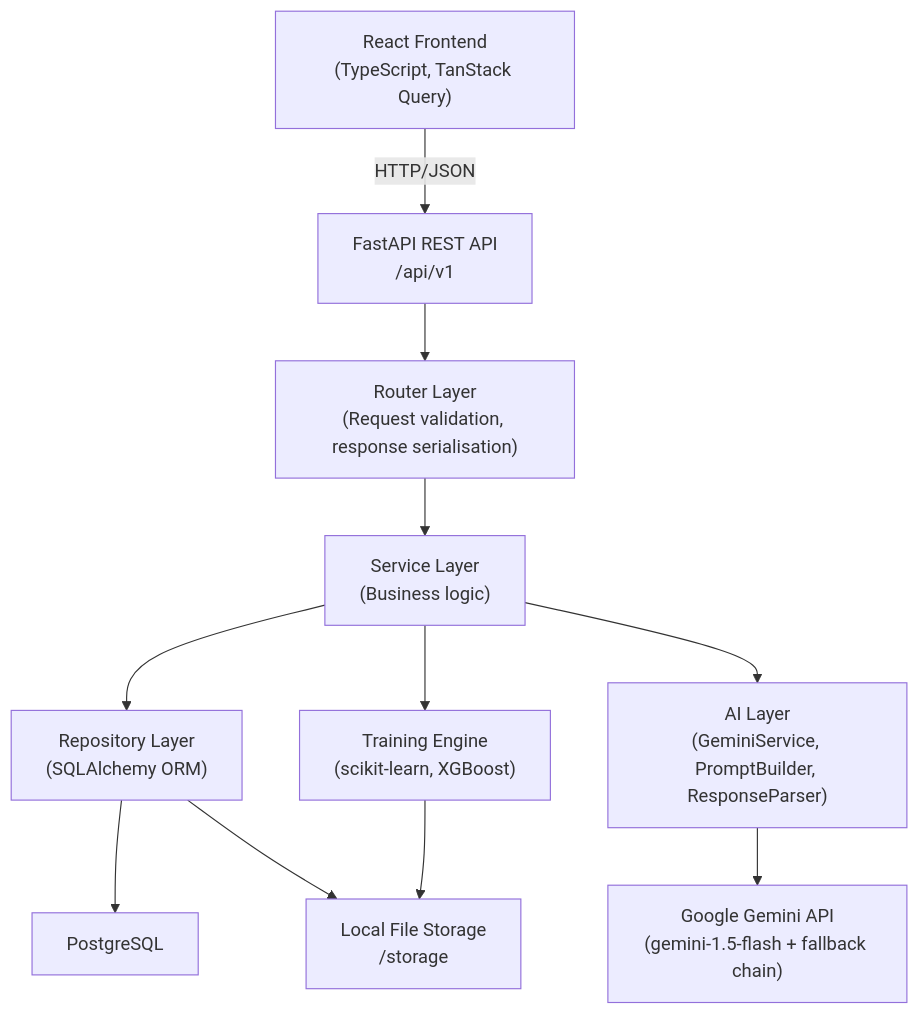
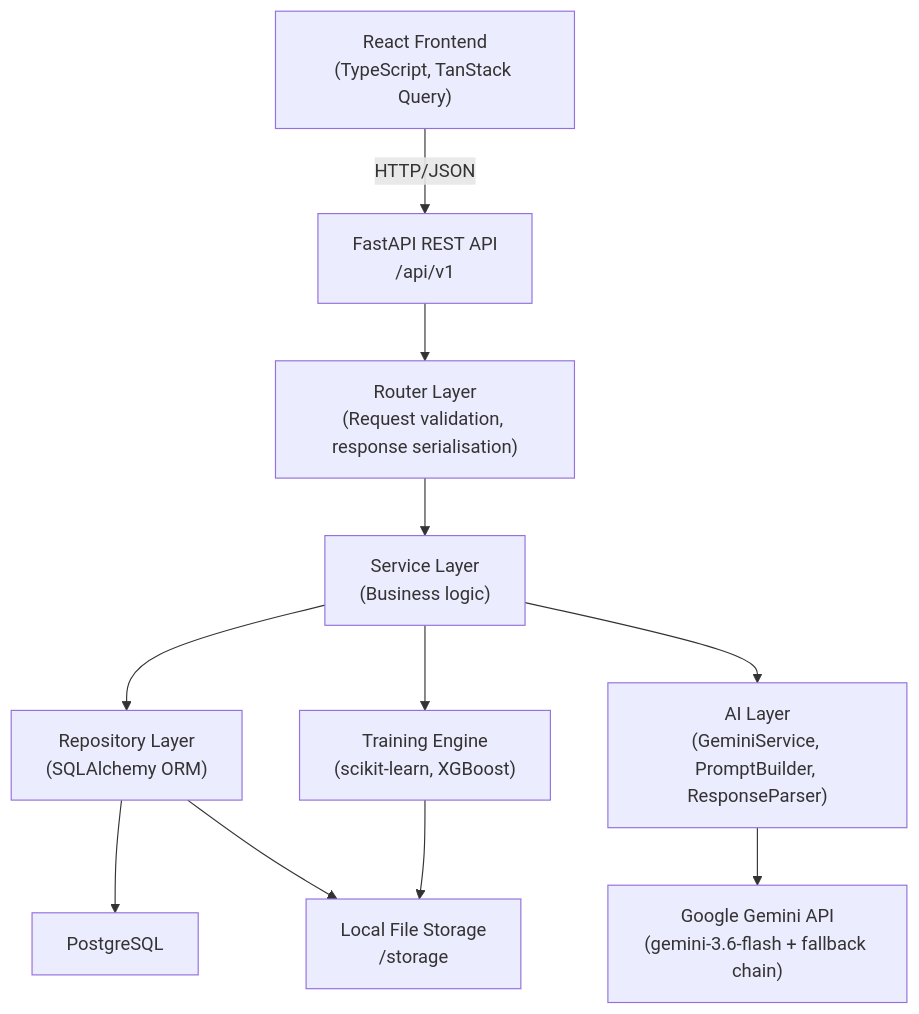
One commit to Mohitingale13/microflow-ml-platform changed the second of 4 diagrams in README.md. Above: the diagram before and after it, drawn with Mermaid. The commit also changed other lines of this file and 1 other file, not shown here.

Commit message:
fix(ai): update obsolete Gemini fallback models to gemini-3.5-flash and gemini-3.1-flash-lite

````diff
--- a/README.md
+++ b/README.md
@@ -253,24 +253,24 @@
 ```mermaid
 graph TD
     Browser["React Frontend\n(TypeScript, TanStack Query)"]
     API["FastAPI REST API\n/api/v1"]
     Routers["Router Layer\n(Request validation, response serialisation)"]
     Services["Service Layer\n(Business logic)"]
     Repos["Repository Layer\n(SQLAlchemy ORM)"]
     DB["PostgreSQL"]
     Storage["Local File Storage\n/storage"]
     Training["Training Engine\n(scikit-learn, XGBoost)"]
     AILayer["AI Layer\n(GeminiService, PromptBuilder, ResponseParser)"]
-    Gemini["Google Gemini API\n(gemini-1.5-flash + fallback chain)"]
+    Gemini["Google Gemini API\n(gemini-3.6-flash + fallback chain)"]
 
     Browser -->|HTTP/JSON| API
     API --> Routers
     Routers --> Services
     Services --> Repos
     Services --> Training
     Services --> AILayer
     Repos --> DB
     Training --> Storage
     Repos --> Storage
     AILayer --> Gemini
 ```
````
